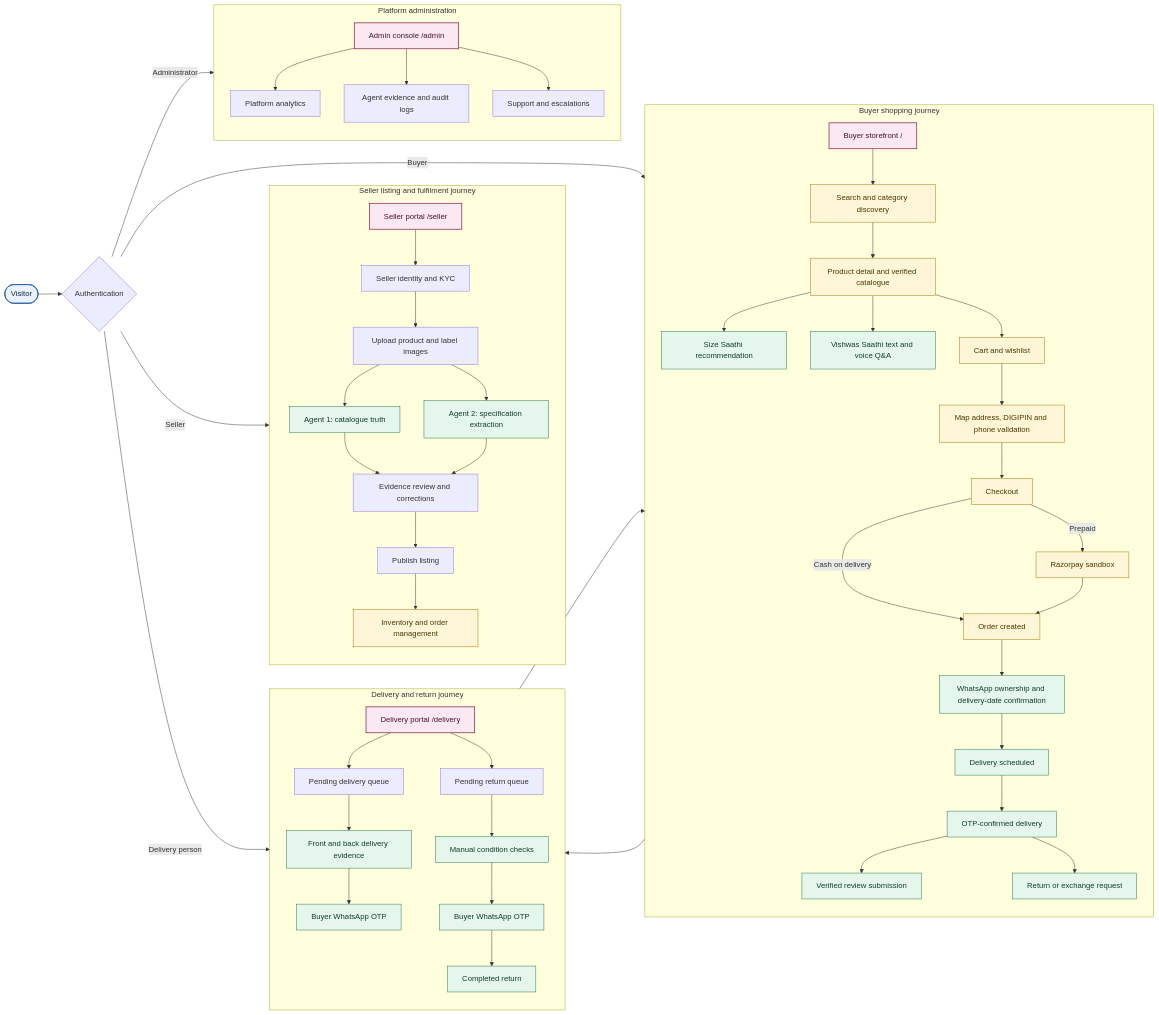
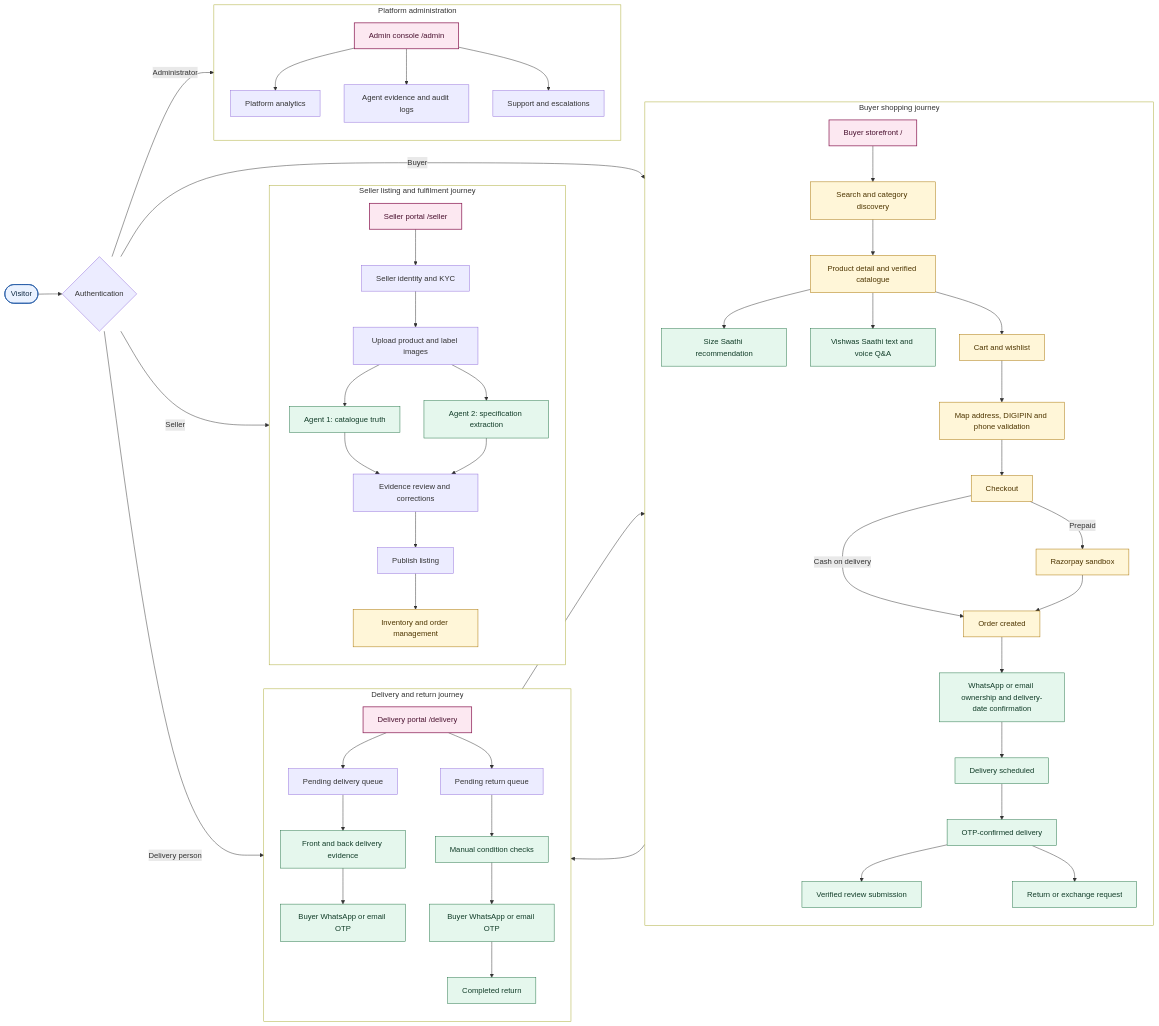
Before and after one commit to manya1632/Kavach-Saathi: the first of 2 diagrams in README.md, drawn with Mermaid.

````diff
--- a/README.md
+++ b/README.md
@@ -47,68 +47,69 @@
 ```mermaid
+%%{init: {"themeVariables": {"background": "#ffffff", "clusterBkg": "#ffffff"}}}%%
 flowchart LR
     Visitor([Visitor]) --> Auth{Authentication}
     Auth -->|Buyer| BuyerHome[Buyer storefront /]
     Auth -->|Seller| SellerHome[Seller portal /seller]
     Auth -->|Delivery person| DeliveryHome[Delivery portal /delivery]
     Auth -->|Administrator| AdminHome[Admin console /admin]
 
     subgraph BuyerJourney[Buyer shopping journey]
         direction TB
         BuyerHome --> Discover[Search and category discovery]
         Discover --> Product[Product detail and verified catalogue]
         Product --> Size[Size Saathi recommendation]
         Product --> Vishwas[Vishwas Saathi text and voice Q&A]
         Product --> Cart[Cart and wishlist]
         Cart --> Address[Map address, DIGIPIN and phone validation]
         Address --> Checkout[Checkout]
         Checkout -->|Prepaid| Razorpay[Razorpay sandbox]
         Checkout -->|Cash on delivery| Order[Order created]
         Razorpay --> Order
-        Order --> WhatsApp[WhatsApp ownership and delivery-date confirmation]
+        Order --> WhatsApp[WhatsApp or email ownership and delivery-date confirmation]
         WhatsApp --> Scheduled[Delivery scheduled]
         Scheduled --> Delivered[OTP-confirmed delivery]
         Delivered --> Review[Verified review submission]
         Delivered --> Return[Return or exchange request]
     end
 
     subgraph SellerJourney[Seller listing and fulfilment journey]
         direction TB
         SellerHome --> KYC[Seller identity and KYC]
         KYC --> Upload[Upload product and label images]
         Upload --> CatalogueAgent[Agent 1: catalogue truth]
         Upload --> SpecAgent[Agent 2: specification extraction]
         CatalogueAgent --> Corrections[Evidence review and corrections]
         SpecAgent --> Corrections
         Corrections --> Publish[Publish listing]
         Publish --> Inventory[Inventory and order management]
     end
 
     subgraph DeliveryJourney[Delivery and return journey]
         direction TB
         DeliveryHome --> DeliveryQueue[Pending delivery queue]
         DeliveryQueue --> DeliveryEvidence[Front and back delivery evidence]
-        DeliveryEvidence --> DeliveryOtp[Buyer WhatsApp OTP]
+        DeliveryEvidence --> DeliveryOtp[Buyer WhatsApp or email OTP]
         DeliveryOtp --> Delivered
         DeliveryHome --> ReturnQueue[Pending return queue]
         Return --> ReturnQueue
         ReturnQueue --> ManualChecks[Manual condition checks]
-        ManualChecks --> ReturnOtp[Buyer WhatsApp OTP]
+        ManualChecks --> ReturnOtp[Buyer WhatsApp or email OTP]
         ReturnOtp --> ReturnComplete[Completed return]
     end
 
     subgraph Administration[Platform administration]
         direction TB
         AdminHome --> Analytics[Platform analytics]
         AdminHome --> Audit[Agent evidence and audit logs]
         AdminHome --> Support[Support and escalations]
     end
 
     classDef actor fill:#eaf2ff,stroke:#285ea8,color:#102a43,stroke-width:1.5px;
     classDef portal fill:#fce8f1,stroke:#8b1d54,color:#4a1230,stroke-width:1.5px;
     classDef commerce fill:#fff6d8,stroke:#a87300,color:#4d3500;
     classDef trust fill:#e5f7ed,stroke:#247447,color:#123d29;
     class Visitor actor;
     class BuyerHome,SellerHome,DeliveryHome,AdminHome portal;
     class Discover,Product,Cart,Address,Checkout,Razorpay,Order,Inventory commerce;
     class Size,Vishwas,WhatsApp,Scheduled,Delivered,Review,Return,CatalogueAgent,SpecAgent,DeliveryEvidence,DeliveryOtp,ManualChecks,ReturnOtp,ReturnComplete trust;
 ```
````
